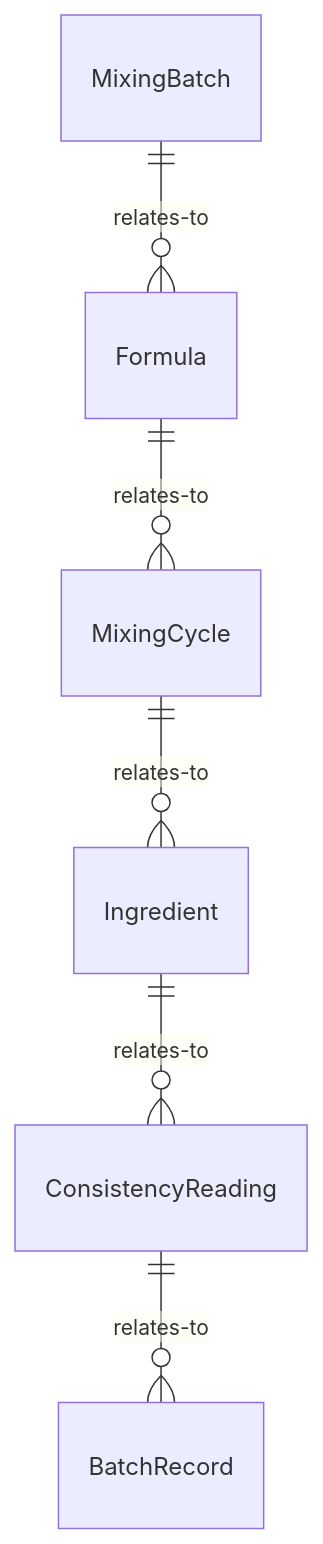
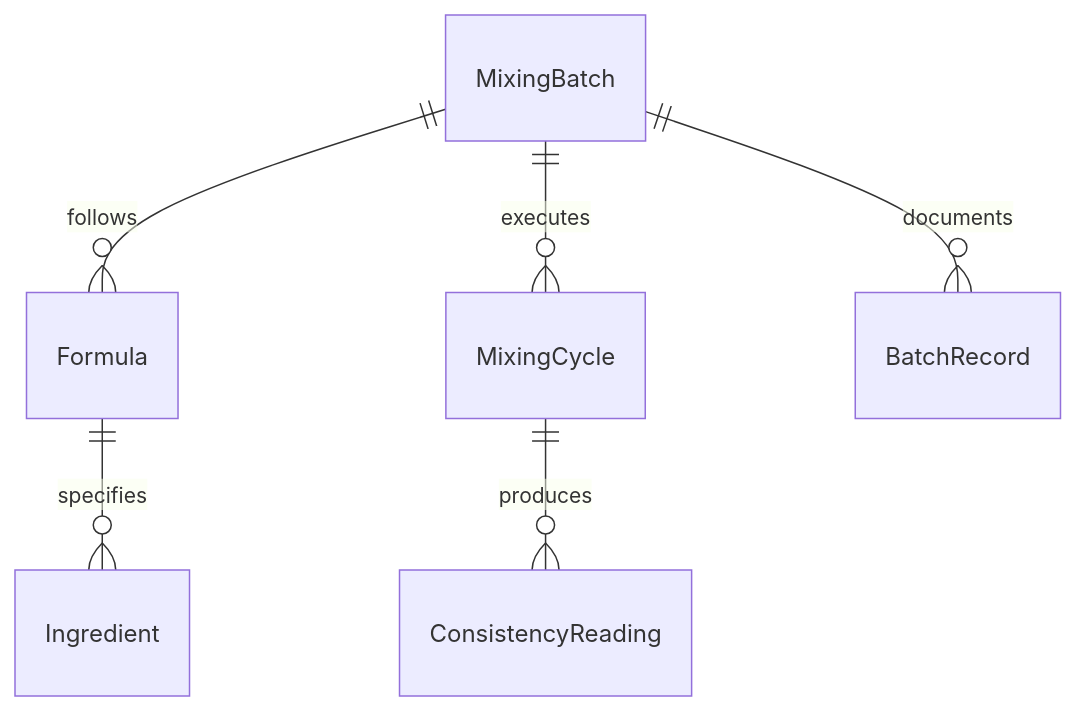
Before and after one commit to dot-org-ai/tasks.org.ai: the first of 4 diagrams in ControllingMachinesAndProcesses/OperateIndustrialProcessingOrProductionEquipment/OperateMixingEquipment.mdx, drawn with Mermaid. The commit also changed other lines of this file and 515 other files, not shown here.

````diff
--- a/ControllingMachinesAndProcesses/OperateIndustrialProcessingOrProductionEquipment/OperateMixingEquipment.mdx
+++ b/ControllingMachinesAndProcesses/OperateIndustrialProcessingOrProductionEquipment/OperateMixingEquipment.mdx
@@ -87,8 +87,8 @@
 ```mermaid
 erDiagram
-    MixingBatch ||--o{ Formula : relates-to
-    Formula ||--o{ MixingCycle : relates-to
-    MixingCycle ||--o{ Ingredient : relates-to
-    Ingredient ||--o{ ConsistencyReading : relates-to
-    ConsistencyReading ||--o{ BatchRecord : relates-to
+    MixingBatch ||--o{ Formula : follows
+    Formula ||--o{ Ingredient : specifies
+    MixingBatch ||--o{ MixingCycle : executes
+    MixingCycle ||--o{ ConsistencyReading : produces
+    MixingBatch ||--o{ BatchRecord : documents
 ```
````
